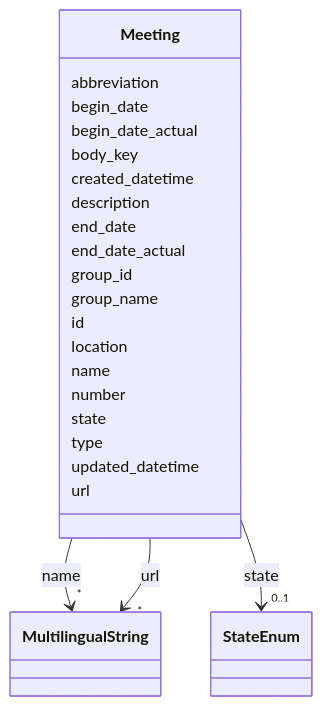
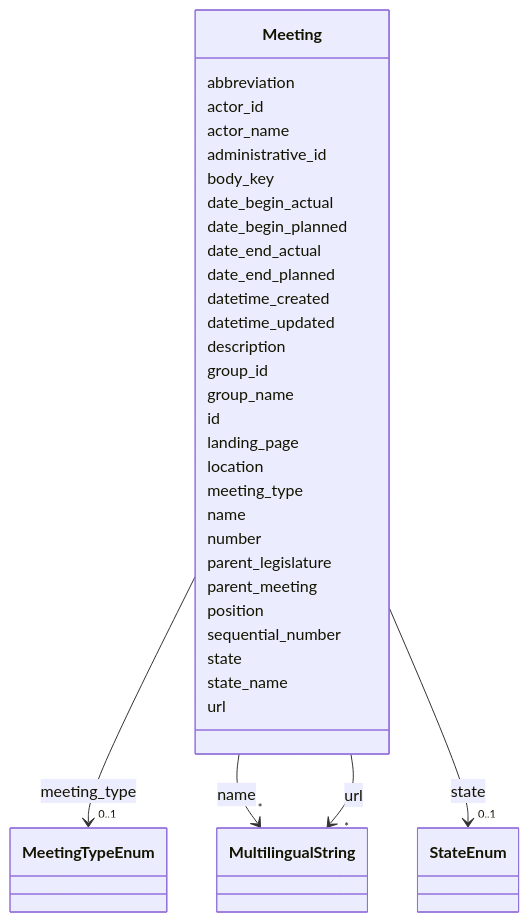
The diagram in ech-0293_operations/output/docs/Meeting.md (swiss/political-affairs-ech-group), drawn with Mermaid before and after one commit. The commit also changed other lines of this file and 174 other files, not shown here.

````diff
--- a/ech-0293_operations/output/docs/Meeting.md
+++ b/ech-0293_operations/output/docs/Meeting.md
@@ -14,22 +22,30 @@
 ```mermaid
  classDiagram
     class Meeting
-    click Meeting href "../Meeting"
+    click Meeting href "../Meeting/"
       Meeting : abbreviation
         
-      Meeting : begin_date
+      Meeting : actor_id
         
-      Meeting : begin_date_actual
+      Meeting : actor_name
+        
+      Meeting : administrative_id
         
       Meeting : body_key
         
-      Meeting : created_datetime
+      Meeting : date_begin_actual
+        
+      Meeting : date_begin_planned
+        
+      Meeting : date_end_actual
+        
+      Meeting : date_end_planned
+        
+      Meeting : datetime_created
+        
+      Meeting : datetime_updated
         
       Meeting : description
-        
-      Meeting : end_date
-        
-      Meeting : end_date_actual
         
       Meeting : group_id
         
@@ -37,7 +53,20 @@
         
       Meeting : id
         
+      Meeting : landing_page
+        
       Meeting : location
+        
+      Meeting : meeting_type
+        
+          
+    
+        
+        
+        Meeting --> "0..1" MeetingTypeEnum : meeting_type
+        click MeetingTypeEnum href "../MeetingTypeEnum/"
+    
+
         
       Meeting : name
         
@@ -46,11 +75,19 @@
         
         
         Meeting --> "*" MultilingualString : name
-        click MultilingualString href "../MultilingualString"
+        click MultilingualString href "../MultilingualString/"
     
 
         
       Meeting : number
+        
+      Meeting : parent_legislature
+        
+      Meeting : parent_meeting
+        
+      Meeting : position
+        
+      Meeting : sequential_number
         
       Meeting : state
         
@@ -59,13 +96,11 @@
         
         
         Meeting --> "0..1" StateEnum : state
-        click StateEnum href "../StateEnum"
+        click StateEnum href "../StateEnum/"
     
 
         
-      Meeting : type
-        
-      Meeting : updated_datetime
+      Meeting : state_name
         
       Meeting : url
         
@@ -74,7 +109,7 @@
         
         
         Meeting --> "*" MultilingualString : url
-        click MultilingualString href "../MultilingualString"
+        click MultilingualString href "../MultilingualString/"
     
 
         
````
